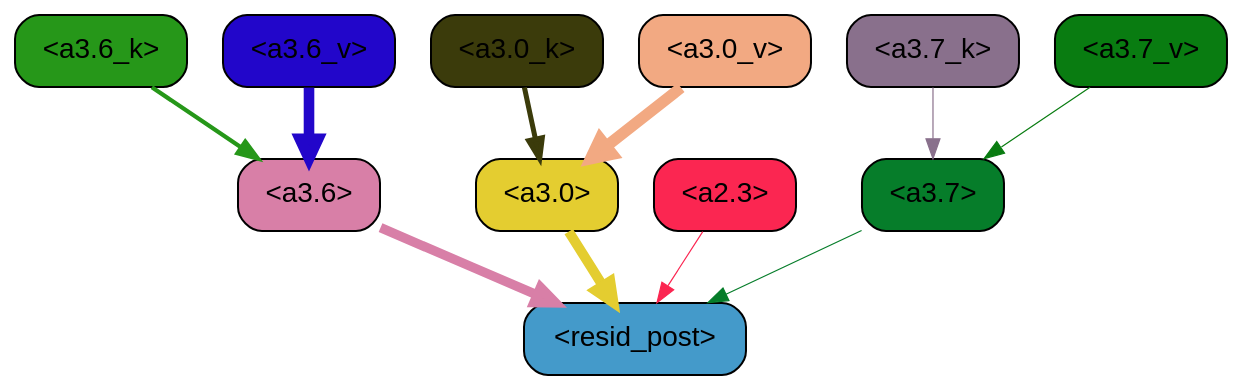
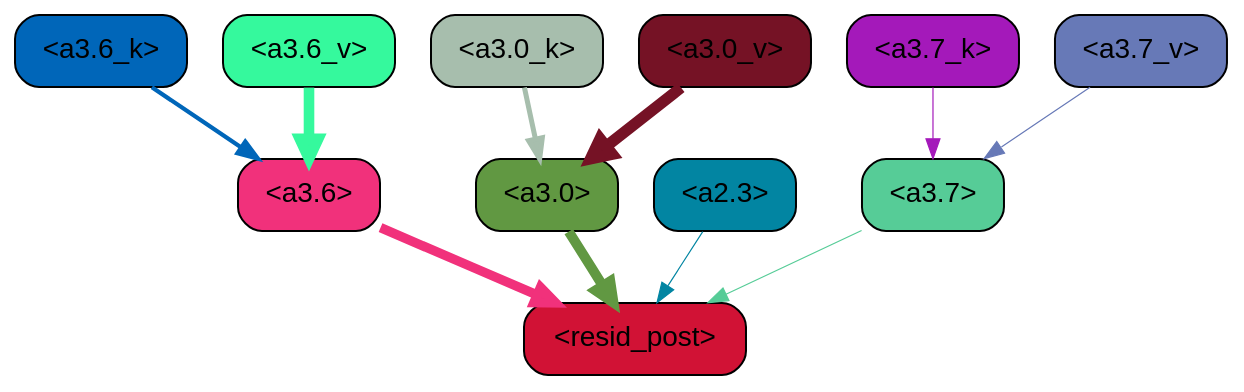
Before and after one commit to Aaquib111/edge-attribution-patching: the diagram in docstring_task/ims/abs_value/thresh0.14_img_10.gv, drawn with Graphviz. The commit also changed 5412 other files, not shown here.

```diff
--- a/docstring_task/ims/abs_value/thresh0.14_img_10.gv
+++ b/docstring_task/ims/abs_value/thresh0.14_img_10.gv
@@ -1,82 +1,82 @@
 strict digraph "" {
 	graph [bgcolor=transparent,
 		layout=dot,
 		overlap=false,
 		splines=true
 	];
 	"<a3.7>"	[color=black,
-		fillcolor="#067d2a",
+		fillcolor="#56cc97",
 		fontname=Helvetica,
 		shape=box,
 		style="filled, rounded"];
 	"<resid_post>"	[color=black,
-		fillcolor="#449aca",
+		fillcolor="#d11235",
 		fontname=Helvetica,
 		shape=box,
 		style="filled, rounded"];
-	"<a3.7>" -> "<resid_post>"	[color="#067d2a",
+	"<a3.7>" -> "<resid_post>"	[color="#56cc97",
 		penwidth=0.6];
 	"<a3.6>"	[color=black,
-		fillcolor="#d87fa7",
+		fillcolor="#f1317b",
 		fontname=Helvetica,
 		shape=box,
 		style="filled, rounded"];
-	"<a3.6>" -> "<resid_post>"	[color="#d87fa7",
+	"<a3.6>" -> "<resid_post>"	[color="#f1317b",
 		penwidth=4.749041676521301];
 	"<a3.0>"	[color=black,
-		fillcolor="#e4cd30",
+		fillcolor="#619842",
 		fontname=Helvetica,
 		shape=box,
 		style="filled, rounded"];
-	"<a3.0>" -> "<resid_post>"	[color="#e4cd30",
+	"<a3.0>" -> "<resid_post>"	[color="#619842",
 		penwidth=5.004215121269226];
 	"<a2.3>"	[color=black,
-		fillcolor="#fb2651",
+		fillcolor="#0285a2",
 		fontname=Helvetica,
 		shape=box,
 		style="filled, rounded"];
-	"<a2.3>" -> "<resid_post>"	[color="#fb2651",
+	"<a2.3>" -> "<resid_post>"	[color="#0285a2",
 		penwidth=0.6];
 	"<a3.7_k>"	[color=black,
-		fillcolor="#89708c",
+		fillcolor="#a419ba",
 		fontname=Helvetica,
 		shape=box,
 		style="filled, rounded"];
-	"<a3.7_k>" -> "<a3.7>"	[color="#89708c",
+	"<a3.7_k>" -> "<a3.7>"	[color="#a419ba",
 		penwidth=0.6];
 	"<a3.6_k>"	[color=black,
-		fillcolor="#269719",
+		fillcolor="#0066b9",
 		fontname=Helvetica,
 		shape=box,
 		style="filled, rounded"];
-	"<a3.6_k>" -> "<a3.6>"	[color="#269719",
+	"<a3.6_k>" -> "<a3.6>"	[color="#0066b9",
 		penwidth=2.13908451795578];
 	"<a3.0_k>"	[color=black,
-		fillcolor="#3b3b0b",
+		fillcolor="#a7bead",
 		fontname=Helvetica,
 		shape=box,
 		style="filled, rounded"];
-	"<a3.0_k>" -> "<a3.0>"	[color="#3b3b0b",
+	"<a3.0_k>" -> "<a3.0>"	[color="#a7bead",
 		penwidth=2.520303964614868];
 	"<a3.7_v>"	[color=black,
-		fillcolor="#097c11",
+		fillcolor="#6779b7",
 		fontname=Helvetica,
 		shape=box,
 		style="filled, rounded"];
-	"<a3.7_v>" -> "<a3.7>"	[color="#097c11",
+	"<a3.7_v>" -> "<a3.7>"	[color="#6779b7",
 		penwidth=0.6];
 	"<a3.6_v>"	[color=black,
-		fillcolor="#2206ca",
+		fillcolor="#35f99d",
 		fontname=Helvetica,
 		shape=box,
 		style="filled, rounded"];
-	"<a3.6_v>" -> "<a3.6>"	[color="#2206ca",
+	"<a3.6_v>" -> "<a3.6>"	[color="#35f99d",
 		penwidth=5.297133803367615];
 	"<a3.0_v>"	[color=black,
-		fillcolor="#f2a982",
+		fillcolor="#751225",
 		fontname=Helvetica,
 		shape=box,
 		style="filled, rounded"];
-	"<a3.0_v>" -> "<a3.0>"	[color="#f2a982",
+	"<a3.0_v>" -> "<a3.0>"	[color="#751225",
 		penwidth=5.680712580680847];
 }
```
